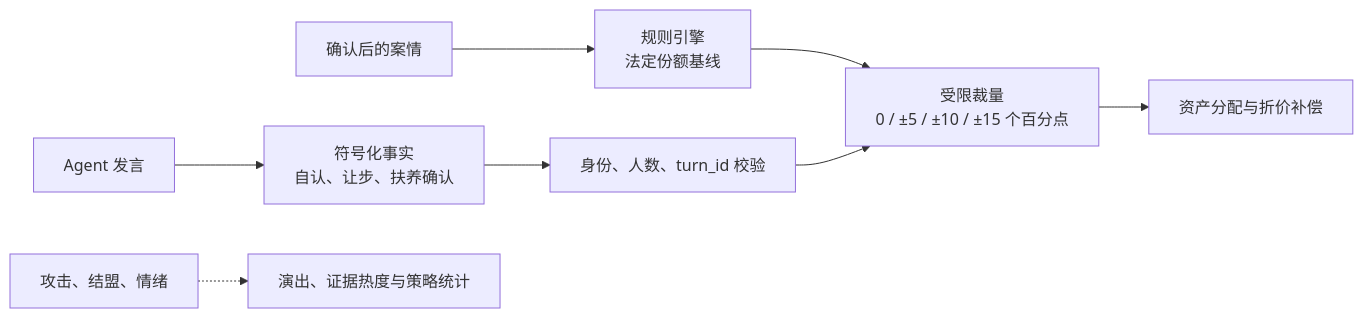
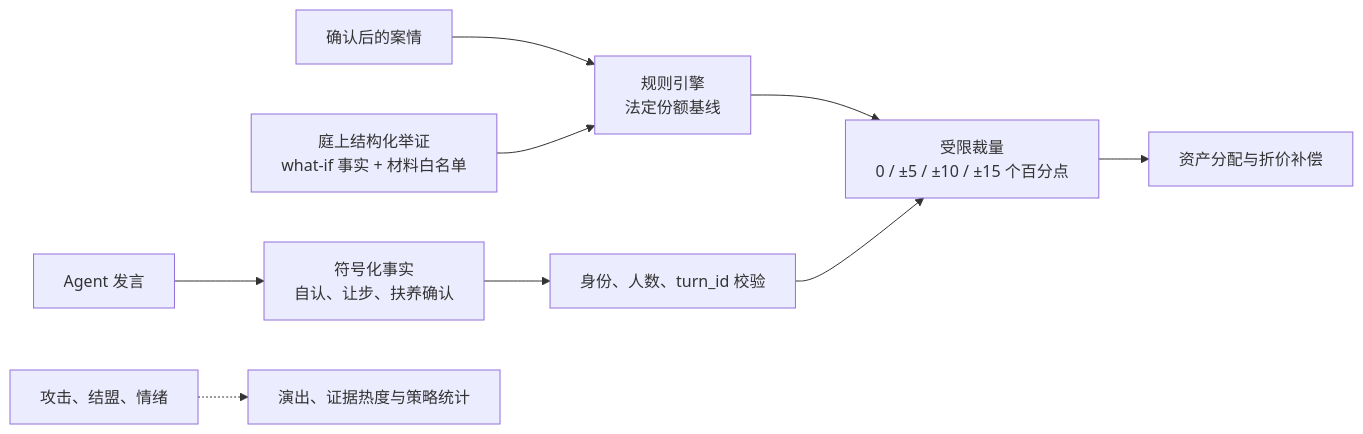
One commit to hxquan-q/HeirArena changed the second of 2 diagrams in README.md. Above: the diagram before and after it, drawn with Mermaid. The commit also changed other lines of this file and 57 other files, not shown here.

````diff
--- a/README.md
+++ b/README.md
@@ -130,10 +131,11 @@
 ```mermaid
 flowchart LR
     Case["确认后的案情"] --> Legal["规则引擎<br/>法定份额基线"]
+    Evidence["庭上结构化举证<br/>what-if 事实 + 材料白名单"] --> Legal
     Speech["Agent 发言"] --> Facts["符号化事实<br/>自认、让步、扶养确认"]
     Facts --> Verify["身份、人数、turn_id 校验"]
     Legal --> Bound["受限裁量<br/>0 / ±5 / ±10 / ±15 个百分点"]
     Verify --> Bound
     Bound --> Allocate["资产分配与折价补偿"]
     Drama["攻击、结盟、情绪"] -.-> Show["演出、证据热度与策略统计"]
 ```
````
